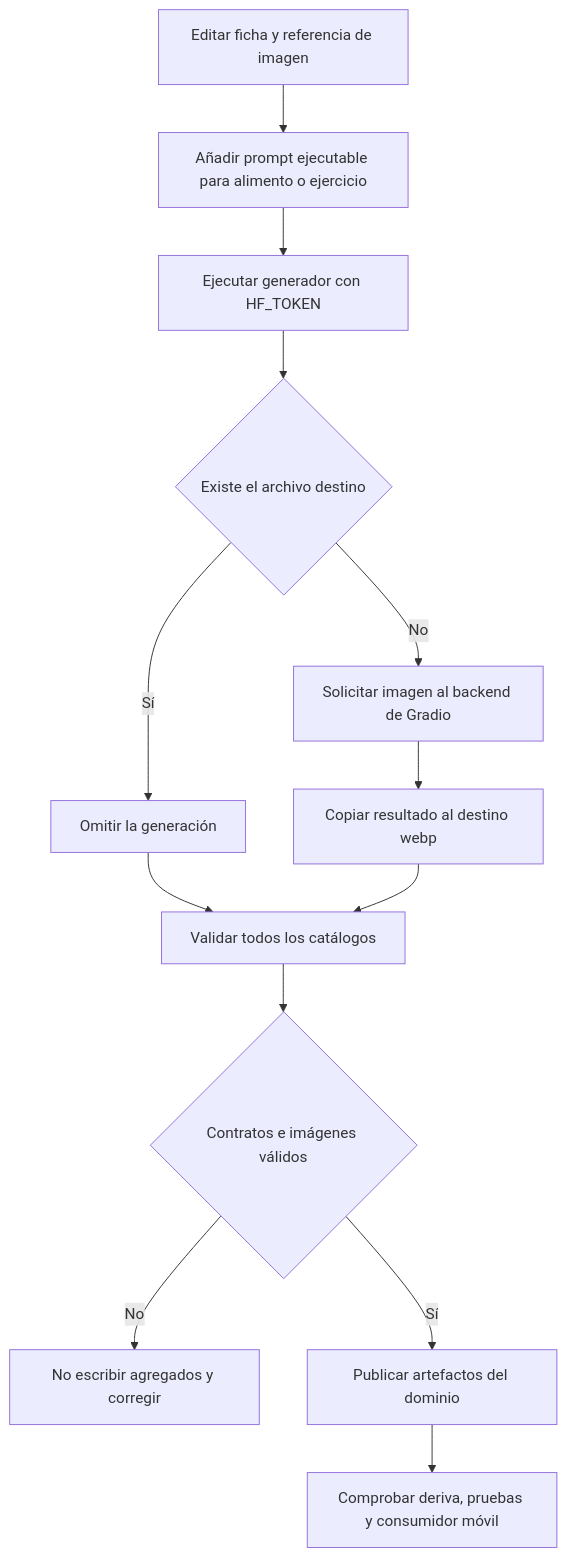
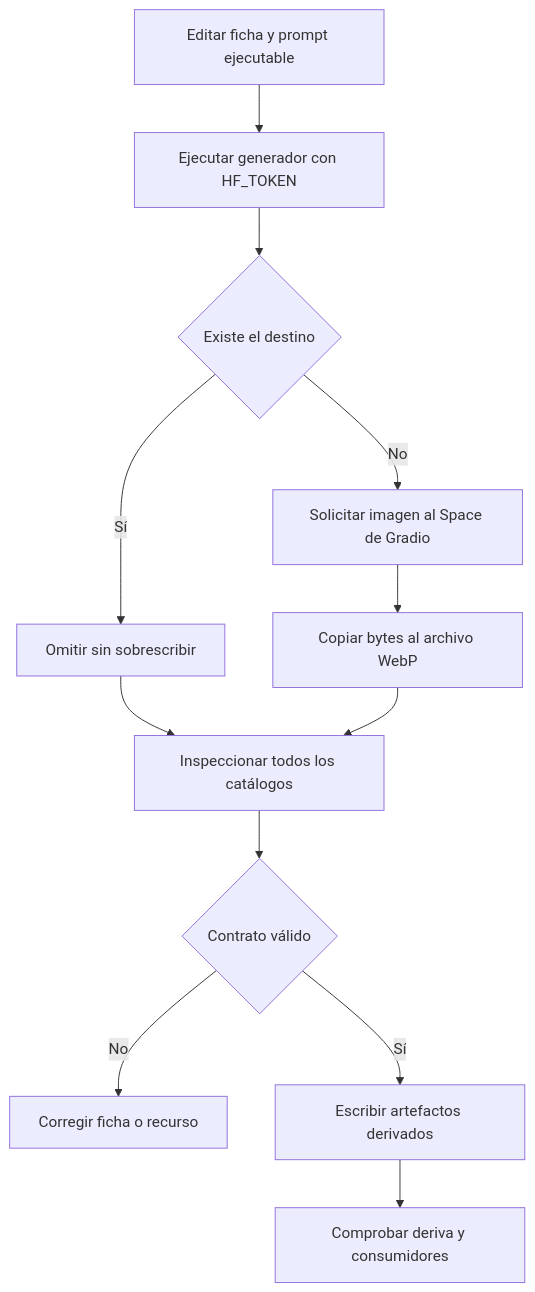
One commit to maximofn/gymnasia changed the diagram in openwiki/content/image-generation.md. Above: the diagram before and after it, drawn with Mermaid. The commit also changed other lines of this file and 55 other files, not shown here.

````diff
--- a/openwiki/content/image-generation.md
+++ b/openwiki/content/image-generation.md
@@ -49,15 +61,14 @@
 ```mermaid
 flowchart TD
-    A["Editar ficha y referencia de imagen"] --> B["Añadir prompt ejecutable para alimento o ejercicio"]
-    B --> C["Ejecutar generador con HF_TOKEN"]
-    C --> D{"Existe el archivo destino"}
-    D -->|"Sí"| E["Omitir la generación"]
-    D -->|"No"| F["Solicitar imagen al backend de Gradio"]
-    F --> G["Copiar resultado al destino webp"]
-    E --> H["Validar todos los catálogos"]
-    G --> H
-    H --> I{"Contratos e imágenes válidos"}
-    I -->|"No"| J["No escribir agregados y corregir"]
-    I -->|"Sí"| K["Publicar artefactos del dominio"]
-    K --> L["Comprobar deriva, pruebas y consumidor móvil"]
+    Editar["Editar ficha y prompt ejecutable"] --> Solicitar["Ejecutar generador con HF_TOKEN"]
+    Solicitar --> Existe{"Existe el destino"}
+    Existe -->|"Sí"| Omitir["Omitir sin sobrescribir"]
+    Existe -->|"No"| Gradio["Solicitar imagen al Space de Gradio"]
+    Gradio --> Copiar["Copiar bytes al archivo WebP"]
+    Omitir --> Inspeccionar["Inspeccionar todos los catálogos"]
+    Copiar --> Inspeccionar
+    Inspeccionar --> Valido{"Contrato válido"}
+    Valido -->|"No"| Corregir["Corregir ficha o recurso"]
+    Valido -->|"Sí"| Escribir["Escribir artefactos derivados"]
+    Escribir --> Comprobar["Comprobar deriva y consumidores"]
 ```
````
